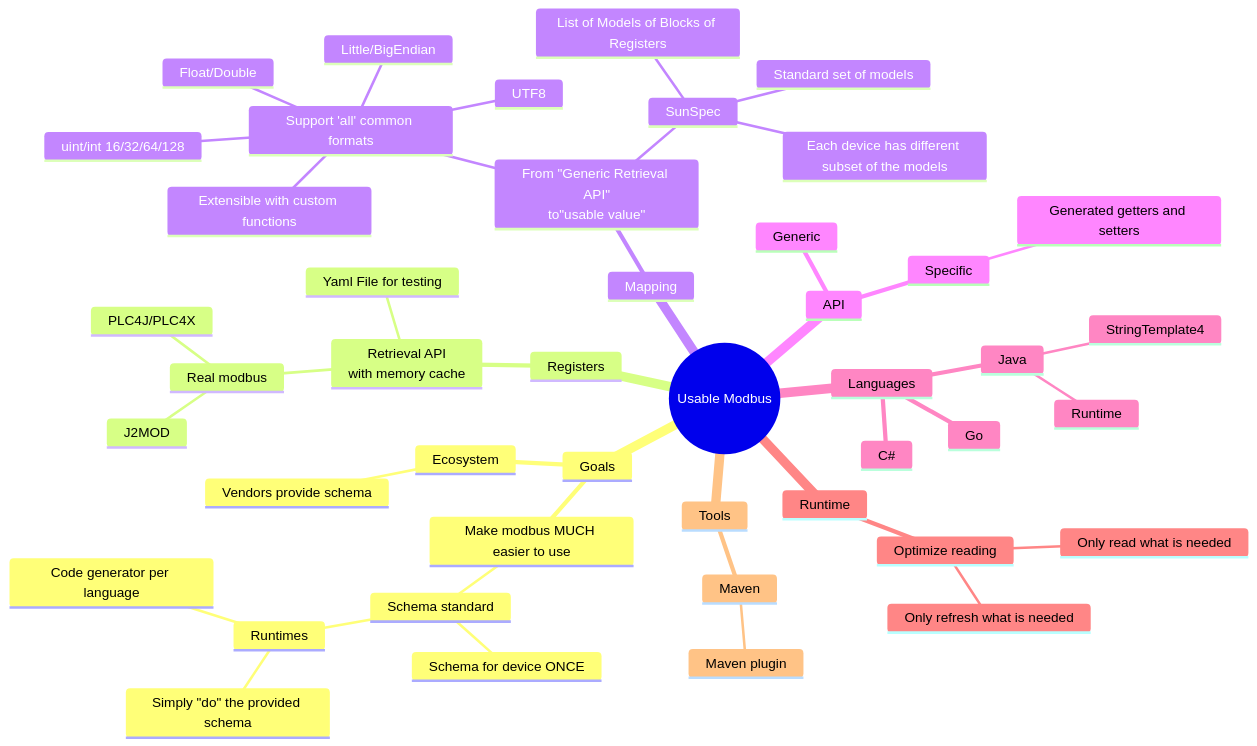
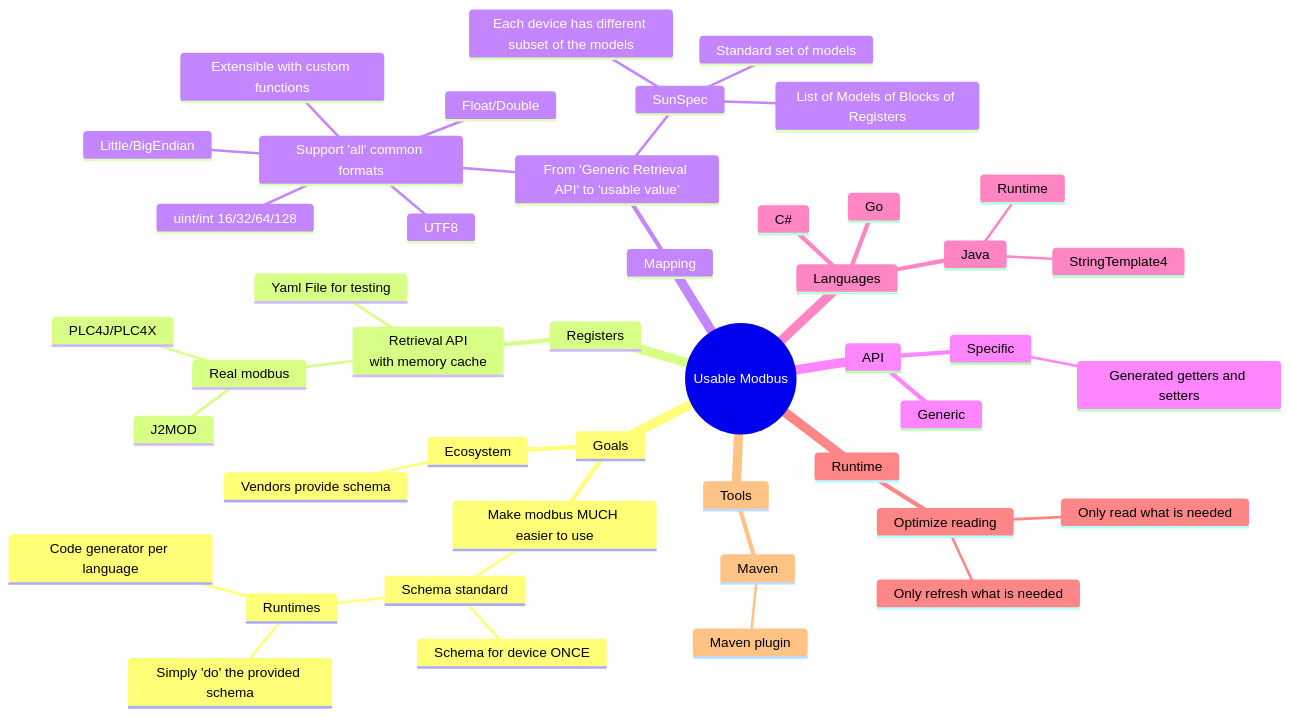
The first of 5 diagrams in content/design/_index.md (nielsbasjes/modbus-website), drawn with Mermaid before and after one commit. The commit also changed other lines of this file and 2 other files, not shown here.

````diff
--- a/content/design/_index.md
+++ b/content/design/_index.md
@@ -13,49 +11,49 @@
 ```mermaid
 mindmap
   root((Usable Modbus))
     Goals
         Make modbus MUCH easier to use
             Schema standard
                 Schema for device ONCE
                 Runtimes
-                    Simply "do" the provided schema
+                    Simply 'do' the provided schema
                     Code generator per language
         Ecosystem
             Vendors provide schema
     Registers
         Retrieval API<br/>with memory cache
             Yaml File for testing
             Real modbus
                 J2MOD
                 PLC4J/PLC4X
     Mapping
-        From "Generic Retrieval API"<br/>to"usable value"
+        From 'Generic Retrieval API' to 'usable value'
             Support 'all' common formats
                 Little/BigEndian
                 uint/int 16/32/64/128
                 Float/Double
                 UTF8
                 Extensible with custom functions
             SunSpec
                 List of Models of Blocks of Registers
                 Standard set of models
                 Each device has different subset of the models
     API
         Generic
 
         Specific
             Generated getters and setters
     Languages
         Java
             StringTemplate4
             Runtime
         Go
         C#
     Runtime
         Optimize reading
             Only read what is needed
             Only refresh what is needed
     Tools
         Maven
             Maven plugin
 ```
````
